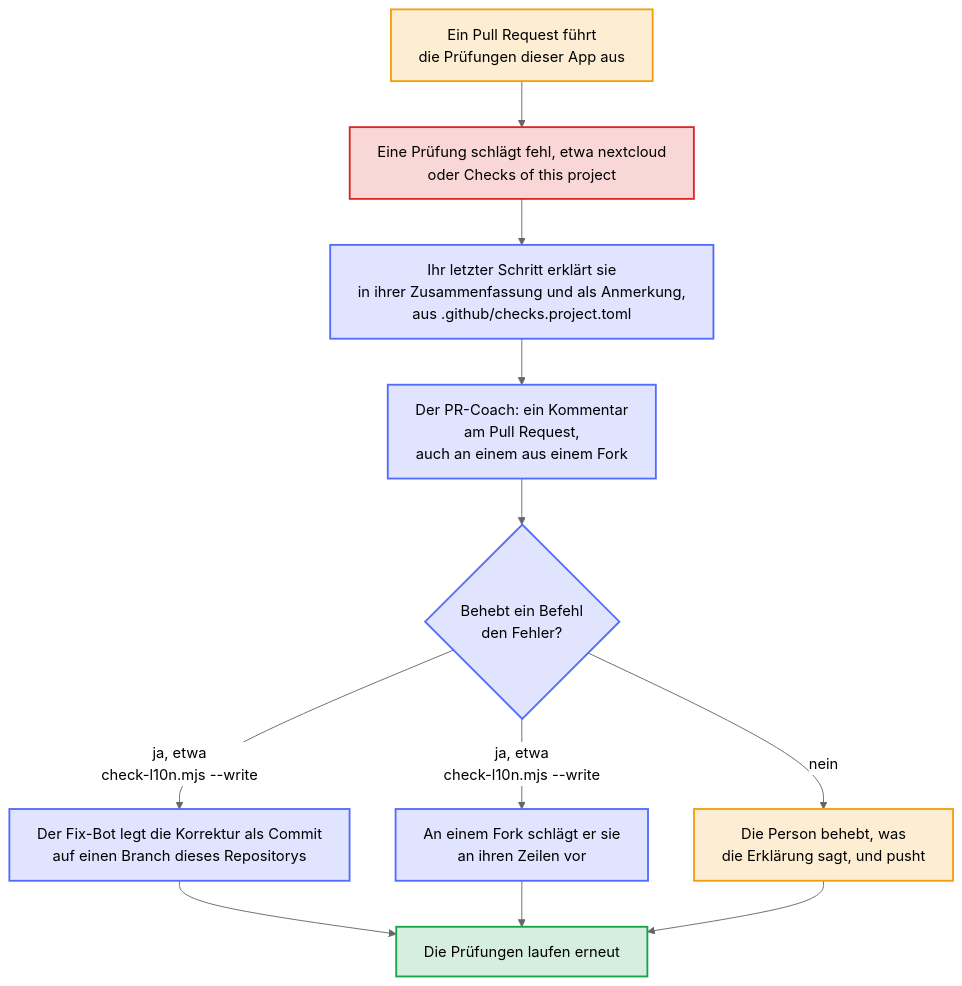
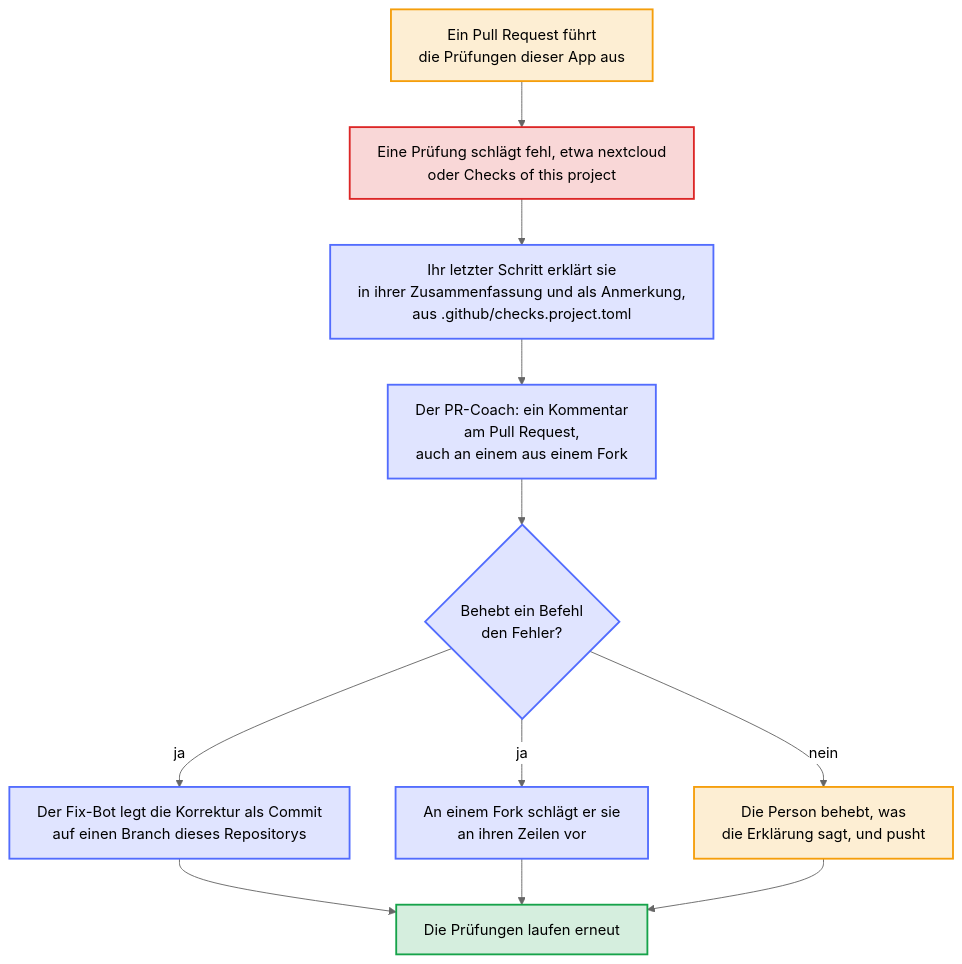
The diagram in docs/diagrams/when-a-check-of-the-app-fails.de.mmd (Dennis-Otto/paperless-unified-search), drawn with Mermaid (neutral theme) before and after one commit. The commit also changed 8 other files, not shown here.

```diff
--- a/docs/diagrams/when-a-check-of-the-app-fails.de.mmd
+++ b/docs/diagrams/when-a-check-of-the-app-fails.de.mmd
@@ -1,32 +1,32 @@
 ---
 config:
   flowchart:
     wrappingWidth: 400
 ---
 flowchart TB
     accTitle: Wenn eine Prüfung der App fehlschlägt
-    accDescr: Ein Pull Request führt die Prüfungen nur dieser App aus, etwa nextcloud, die End-to-End-Tests, oder den Schritt Checks of this project von scripts/check.sh. Schlägt eine fehl, schreibt ihr letzter Schritt ihre Erklärung aus .github/checks.project.toml in die Zusammenfassung der Prüfung und als ihre Anmerkung: was sie gefunden hat, warum das wichtig ist und wie es sich beheben lässt. Nach den Prüfungen hält der PR-Coach einen Kommentar am Pull Request mit dieser Erklärung aktuell, auch an einem Pull Request aus einem Fork. Wo ein Befehl behebt, was die Prüfung gefunden hat, etwa node scripts/check-l10n.mjs --write für einen JavaScript-Katalog in l10n/, der hinter seinem JSON-Katalog zurückliegt, legt der Fix-Bot die Korrektur als Commit auf einen Branch dieses Repositorys und schlägt sie an einem Fork vor; sonst sagt die Erklärung der Person, was zu tun ist, und der nächste Push führt die Prüfungen erneut aus.
+    accDescr: Ein Pull Request führt die Prüfungen nur dieser App aus, etwa nextcloud, die End-to-End-Tests, oder den Schritt Checks of this project von scripts/check.sh. Schlägt eine fehl, schreibt ihr letzter Schritt ihre Erklärung aus .github/checks.project.toml in die Zusammenfassung der Prüfung und als ihre Anmerkung: was sie gefunden hat, warum das wichtig ist und wie es sich beheben lässt. Nach den Prüfungen hält der PR-Coach einen Kommentar am Pull Request mit dieser Erklärung aktuell, auch an einem Pull Request aus einem Fork. Wo ein Befehl behebt, was die Prüfung gefunden hat, legt der Fix-Bot die Korrektur als Commit auf einen Branch dieses Repositorys und schlägt sie an einem Fork vor; sonst sagt die Erklärung der Person, was zu tun ist, und der nächste Push führt die Prüfungen erneut aus.
 
     push["Ein Pull Request führt<br>die Prüfungen dieser App aus"]
     failed["Eine Prüfung schlägt fehl, etwa nextcloud<br>oder Checks of this project"]
     explain["Ihr letzter Schritt erklärt sie<br>in ihrer Zusammenfassung und als Anmerkung,<br>aus .github/checks.project.toml"]
     coach["Der PR-Coach: ein Kommentar<br>am Pull Request,<br>auch an einem aus einem Fork"]
     command{"Behebt ein Befehl<br>den Fehler?"}
     branch["Der Fix-Bot legt die Korrektur als Commit<br>auf einen Branch dieses Repositorys"]
     fork["An einem Fork schlägt er sie<br>an ihren Zeilen vor"]
     person["Die Person behebt, was<br>die Erklärung sagt, und pusht"]
     passed["Die Prüfungen laufen erneut"]
 
     push --> failed --> explain --> coach --> command
-    command -- "ja, etwa<br>check-l10n.mjs --write" --> branch & fork
+    command -- "ja" --> branch & fork
     command -- "nein" --> person
     branch & fork & person --> passed
 
     classDef person fill:#f59e0b2e,stroke:#f59e0b,stroke-width:2px
     classDef bot fill:#526cfe2e,stroke:#526cfe,stroke-width:2px
     classDef done fill:#16a34a2e,stroke:#16a34a,stroke-width:2px
     classDef fail fill:#dc26262e,stroke:#dc2626,stroke-width:2px
     class push,person person
     class explain,coach,command,branch,fork bot
     class failed fail
     class passed done
```
